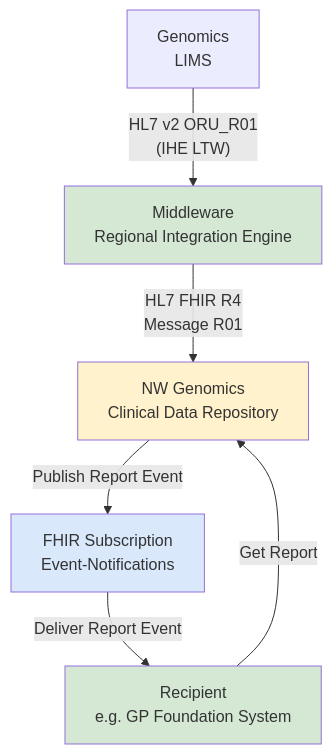
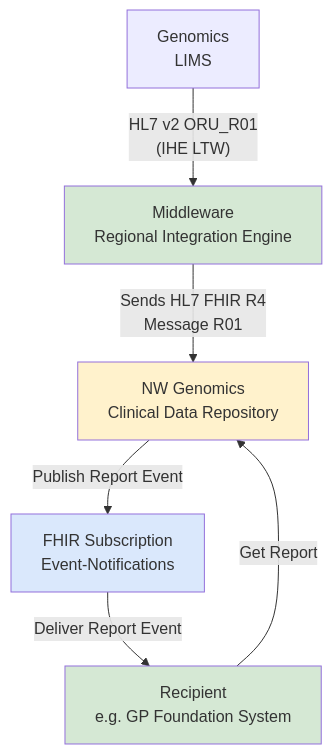
The fourth of 6 diagrams in input/pagecontent/index.md (uk-gov-mirror/nw-gmsa.nw-gmsa.github.com), drawn with Mermaid before and after one commit. The commit also changed other lines of this file, not shown here.

````diff
--- a/input/pagecontent/index.md
+++ b/input/pagecontent/index.md
@@ -162,18 +161,18 @@
 ```mermaid
 graph TD;
 
     LIMS[Genomics<br/>LIMS] --> |" HL7 v2 ORU_R01<br/>(IHE LTW)"| RIE[Middleware<br/>Regional Integration Engine];
-    RIE --> |"HL7 FHIR R4<br/>Message R01"| CDR[NW Genomics<br/>Clinical Data Repository]
+    RIE --> |"Sends HL7 FHIR R4<br/>Message R01"| CDR[NW Genomics<br/>Clinical Data Repository]
     CDR --> |Publish Report Event| SUB[FHIR Subscription<br/>Event-Notifications]
     SUB --> |Deliver Report Event| EPR["Recipient<br/>e.g. GP Foundation System"]
     EPR --> |Get Report| CDR
    
     classDef yellow fill:#FFF2CC;
     classDef green fill:#D5E8D4;
     classDef blue fill:#DAE8FC;
 
     class RIE green;
     class EPR green;
     class CDR yellow;
     class SUB blue;
 ```
````
